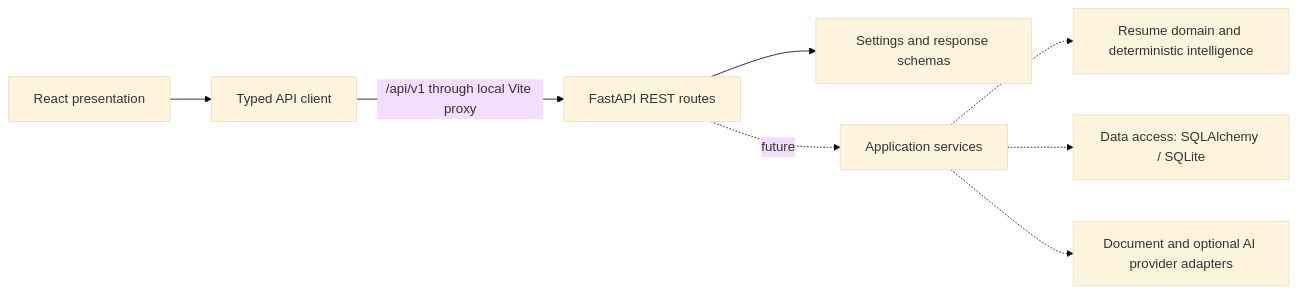
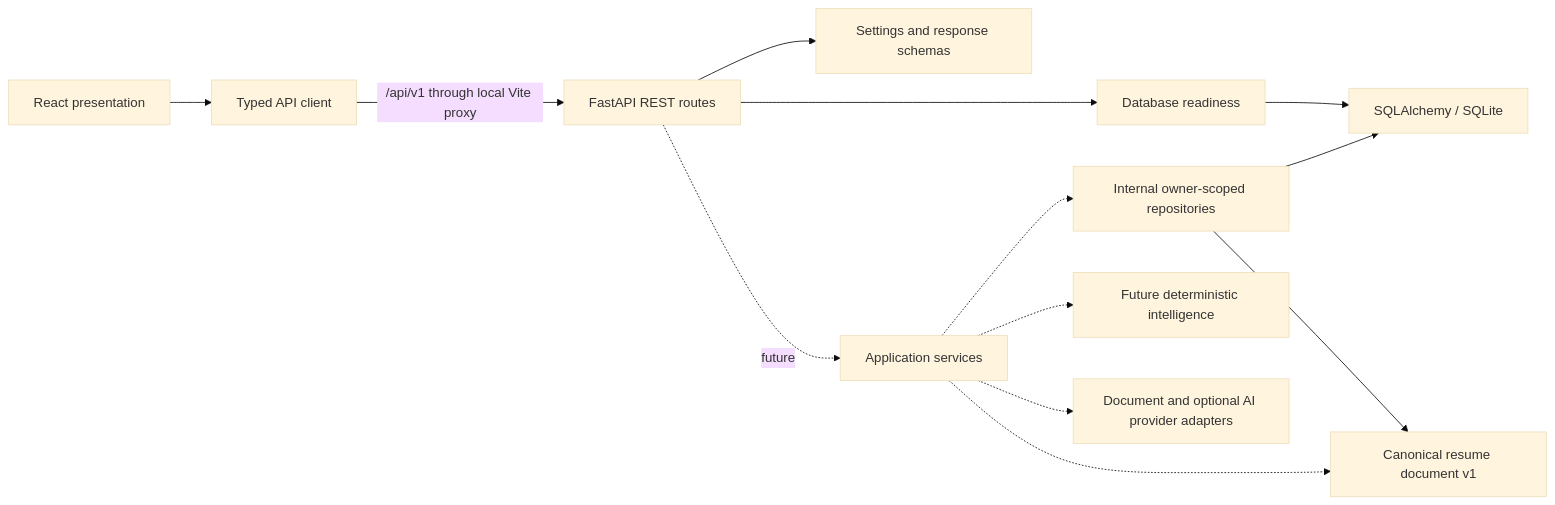
One commit to joeljoby5/Hiresense-AI changed the diagram in docs/architecture/overview.md. Above: the diagram before and after it, drawn with Mermaid (base theme). The commit also changed other lines of this file and 37 other files, not shown here.

Commit message:
feat: implement canonical resume model and database foundation

````diff
--- a/docs/architecture/overview.md
+++ b/docs/architecture/overview.md
@@ -9,10 +9,15 @@
 ```mermaid
 flowchart LR
   Browser[React presentation] --> Client[Typed API client]
   Client -->|/api/v1 through local Vite proxy| API[FastAPI REST routes]
   API --> Settings[Settings and response schemas]
+  API --> Ready[Database readiness]
+  Ready --> Data[SQLAlchemy / SQLite]
+  Repositories[Internal owner-scoped repositories] --> Domain[Canonical resume document v1]
+  Repositories --> Data
   API -. future .-> Services[Application services]
-  Services -.-> Domain[Resume domain and deterministic intelligence]
-  Services -.-> Data[Data access: SQLAlchemy / SQLite]
+  Services -.-> Domain
+  Services -.-> Repositories
+  Services -.-> Intelligence[Future deterministic intelligence]
   Services -.-> Adapters[Document and optional AI provider adapters]
 ```
````
